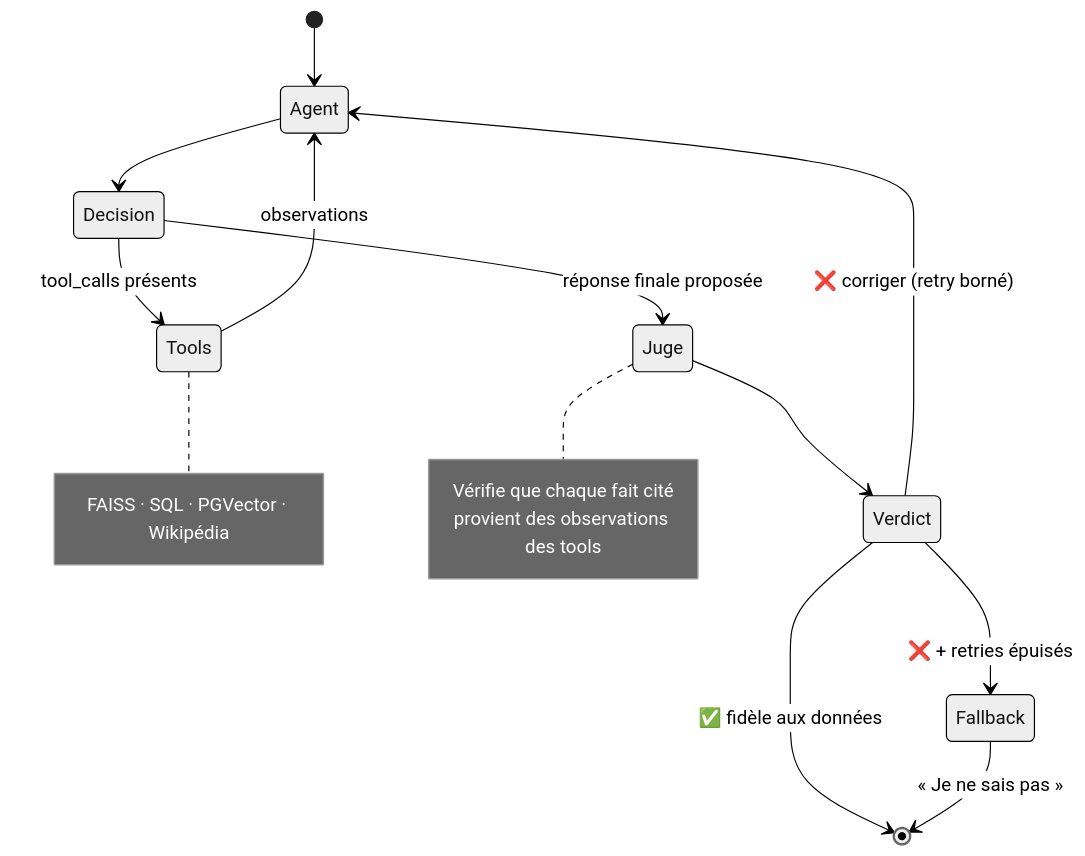
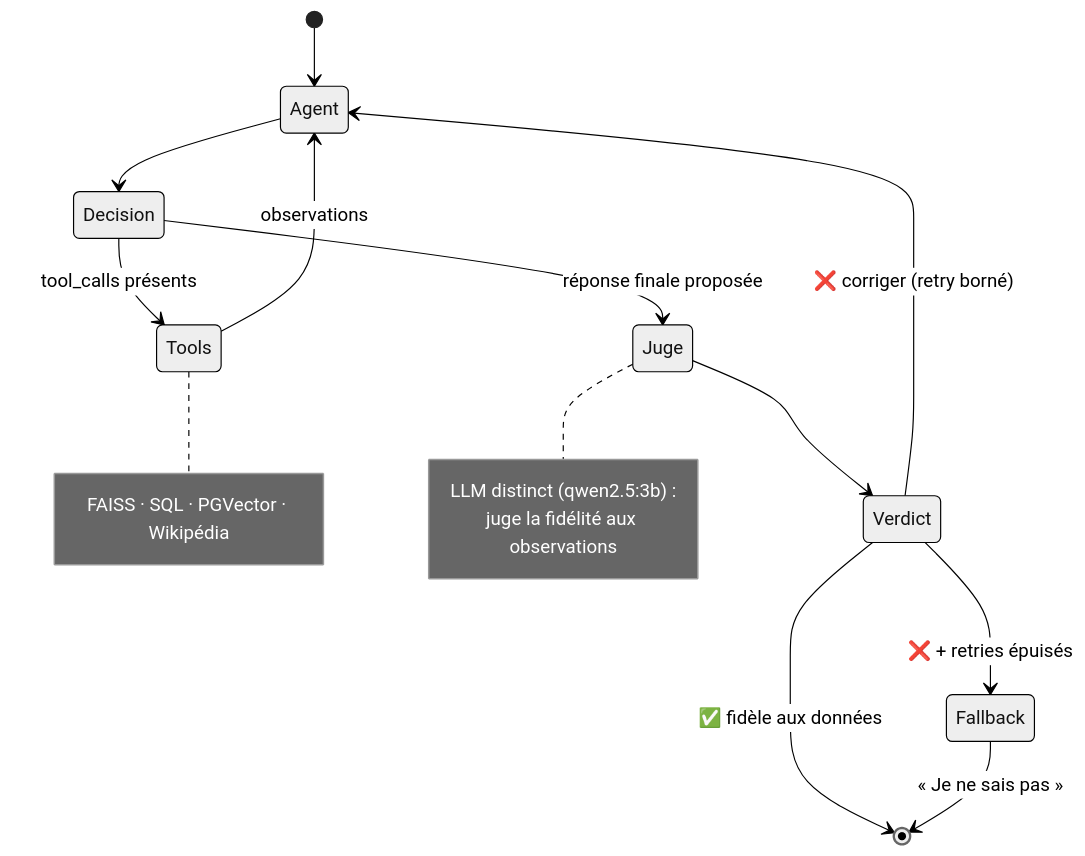
Before and after one commit to KBee-data/HorRAGor2: the diagram in docs/graphe_agent.mmd, drawn with Mermaid (neutral theme). The commit also changed 6 other files, not shown here.

```diff
--- a/docs/graphe_agent.mmd
+++ b/docs/graphe_agent.mmd
@@ -1,21 +1,21 @@
-%% HorRAGor2 — Graphe de l'agent (LangGraph, boucle ReAct + Juge déterministe)
+%% HorRAGor2 — Graphe de l'agent (LangGraph, boucle ReAct + Juge LLM)
 %% Livrable « Schéma du Graphe ». Export : https://mermaid.live → Actions → SVG
 stateDiagram-v2
     [*] --> Agent
     Agent --> Decision
     Decision --> Tools: tool_calls présents
     Decision --> Juge: réponse finale proposée
     Tools --> Agent: observations
     Juge --> Verdict
     Verdict --> [*]: ✅ fidèle aux données
     Verdict --> Agent: ❌ corriger (retry borné)
     Verdict --> Fallback: ❌ + retries épuisés
     Fallback --> [*]: « Je ne sais pas »
 
     note right of Tools
         FAISS · SQL · PGVector · Wikipédia
     end note
     note right of Juge
-        Vérifie que chaque fait cité
-        provient des observations des tools
+        LLM distinct (qwen2.5:3b) :
+        juge la fidélité aux observations
     end note
```
